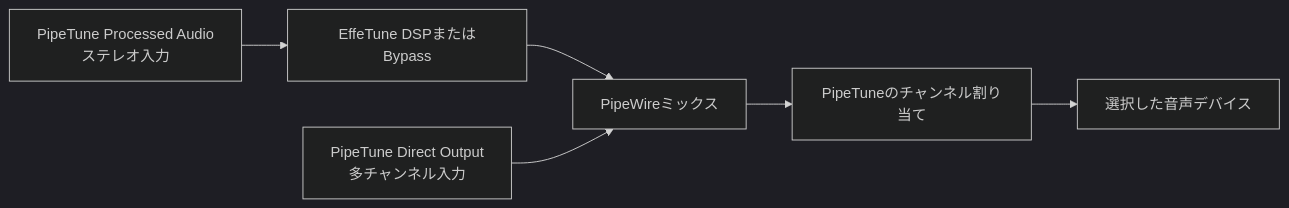
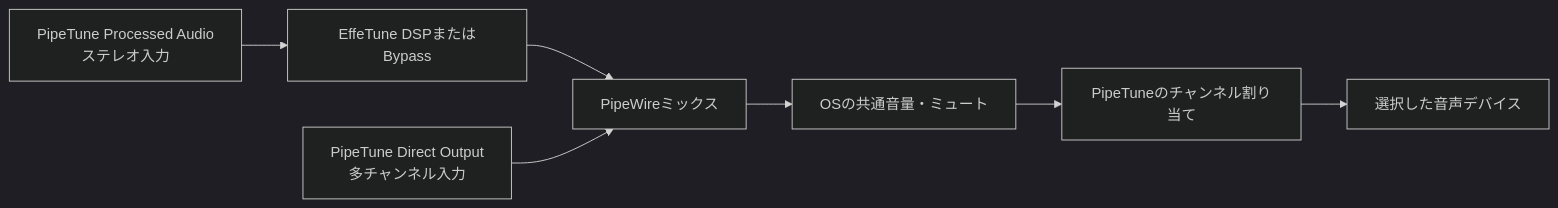
The diagram in README_ja.md (kekyo/pipetune), drawn with Mermaid (dark theme) before and after one commit. The commit also changed other lines of this file and 3 other files, not shown here.

````diff
--- a/README_ja.md
+++ b/README_ja.md
@@ -147,13 +147,14 @@
 ```mermaid
 flowchart LR
     processed["PipeTune Processed Audio<br/>ステレオ入力"]
     dsp["EffeTune DSPまたはBypass"]
     direct["PipeTune Direct Output<br/>多チャンネル入力"]
     mix["PipeWireミックス"]
+    volume["OSの共通音量・ミュート"]
     mapping["PipeTuneのチャンネル割り当て"]
     devices["選択した音声デバイス"]
 
     processed --> dsp --> mix
     direct --> mix
-    mix --> mapping --> devices
+    mix --> volume --> mapping --> devices
 ```
````
